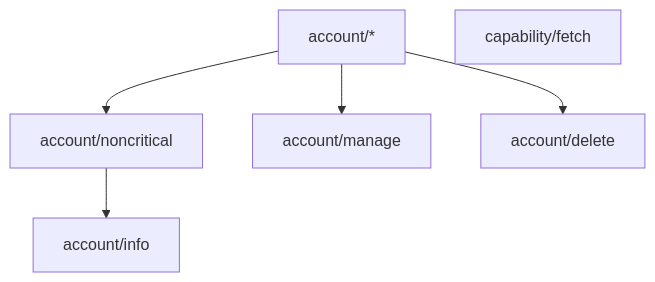
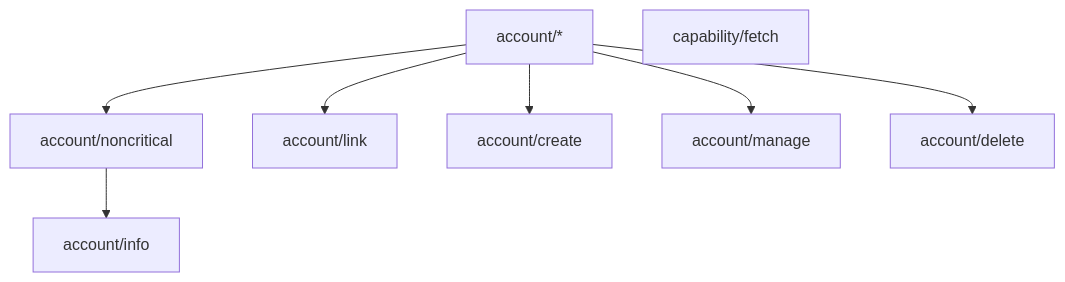
The diagram in design/api.md (fission-codes/fission-server), drawn with Mermaid before and after one commit. The commit also changed other lines of this file, not shown here.

Commit message:
docs: API docs for `/account/:did/link` route

````diff
--- a/design/api.md
+++ b/design/api.md
@@ -185,8 +208,10 @@
 ```mermaid
 flowchart TD
     Star["account/*"] --> Noncrit["account/noncritical"]
     Noncrit --> Info["account/info"]
+    Star --> Link["account/link"]
+    Star --> Create["account/create"]
     Star --> Manage["account/manage"]
     Star --> Delete["account/delete"]
     CapFind["capability/fetch"]
 ```
````
